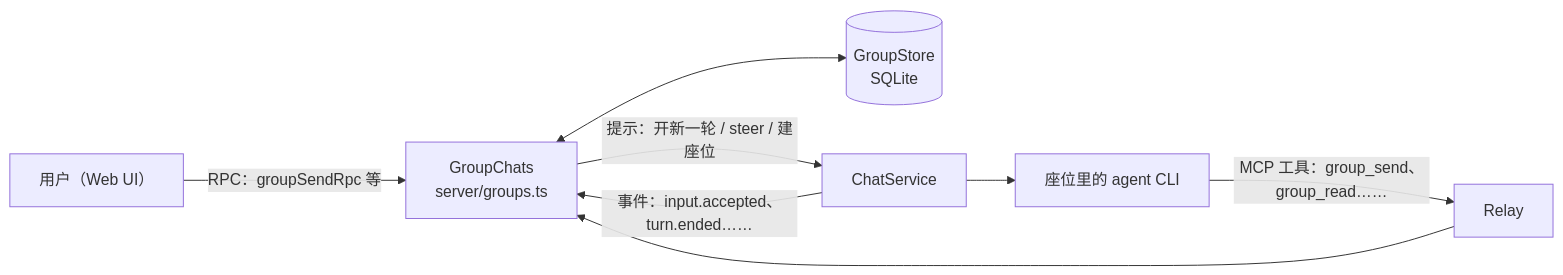
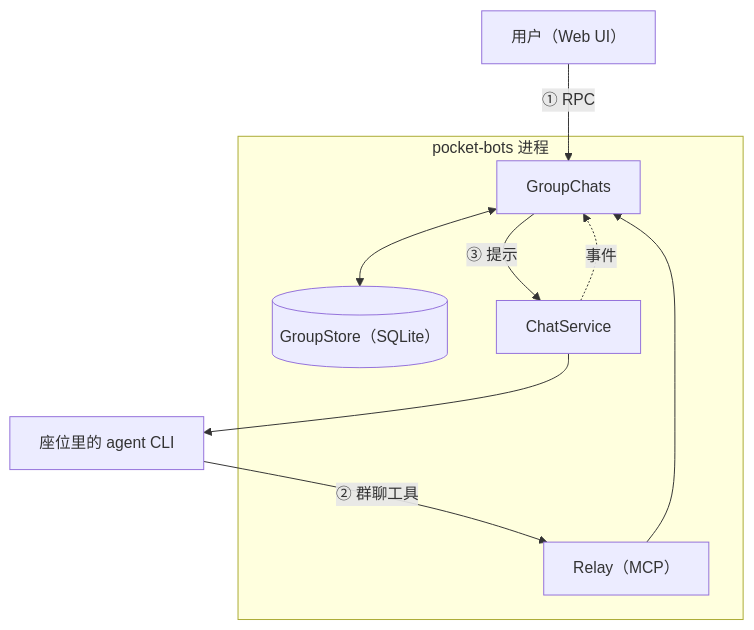
The first of 2 diagrams in docs/group-protocol.md (hustnn/pocket-bots), drawn with Mermaid before and after one commit. The commit also changed other lines of this file, not shown here.

Commit message:
Make the protocol doc's overview diagram readable
The left-to-right flowchart rendered too wide to read on GitHub, and the
layer sketch misaligned once Chinese text was in it. The overview is now
top-down with numbered channels, and the layers are a nested list.

````diff
--- a/docs/group-protocol.md
+++ b/docs/group-protocol.md
@@ -33,9 +31,18 @@
 ```mermaid
-flowchart LR
-  U["用户（Web UI）"] -- "RPC：groupSendRpc 等" --> G["GroupChats<br/>server/groups.ts"]
-  G <--> S[("GroupStore<br/>SQLite")]
-  G -- "提示：开新一轮 / steer / 建座位" --> C["ChatService"]
-  C --> A["座位里的 agent CLI"]
-  A -- "MCP 工具：group_send、group_read……" --> R["Relay"] --> G
-  C -- "事件：input.accepted、turn.ended……" --> G
+flowchart TB
+  U["用户（Web UI）"]
+  A["座位里的 agent CLI"]
+  subgraph app["pocket-bots 进程"]
+    R["Relay（MCP）"]
+    G["GroupChats"]
+    S[("GroupStore（SQLite）")]
+    C["ChatService"]
+  end
+  U -->|"① RPC"| G
+  A -->|"② 群聊工具"| R
+  R --> G
+  G <--> S
+  G -->|"③ 提示"| C
+  C --> A
+  C -.->|"事件"| G
 ```
````
